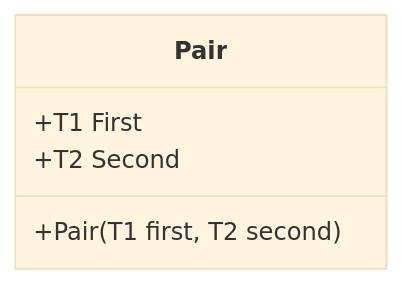
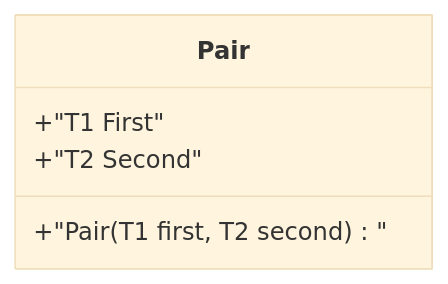
The seventh of 10 diagrams in content/post/2024/2024-10-15-csharp-generic/index.md (42jerrykim/42jerrykim.github.io), drawn with Mermaid (base theme) before and after one commit. The commit also changed other lines of this file and 239 other files, not shown here.

````diff
--- a/content/post/2024/2024-10-15-csharp-generic/index.md
+++ b/content/post/2024/2024-10-15-csharp-generic/index.md
@@ -650,8 +642,8 @@
 ```mermaid
 classDiagram
     class Pair {
-        +T1 First
-        +T2 Second
-        +Pair(T1 first, T2 second)
+        +"T1 First"
+        +"T2 Second"
+        +"Pair(T1 first, T2 second)"
     }
 ```
````
